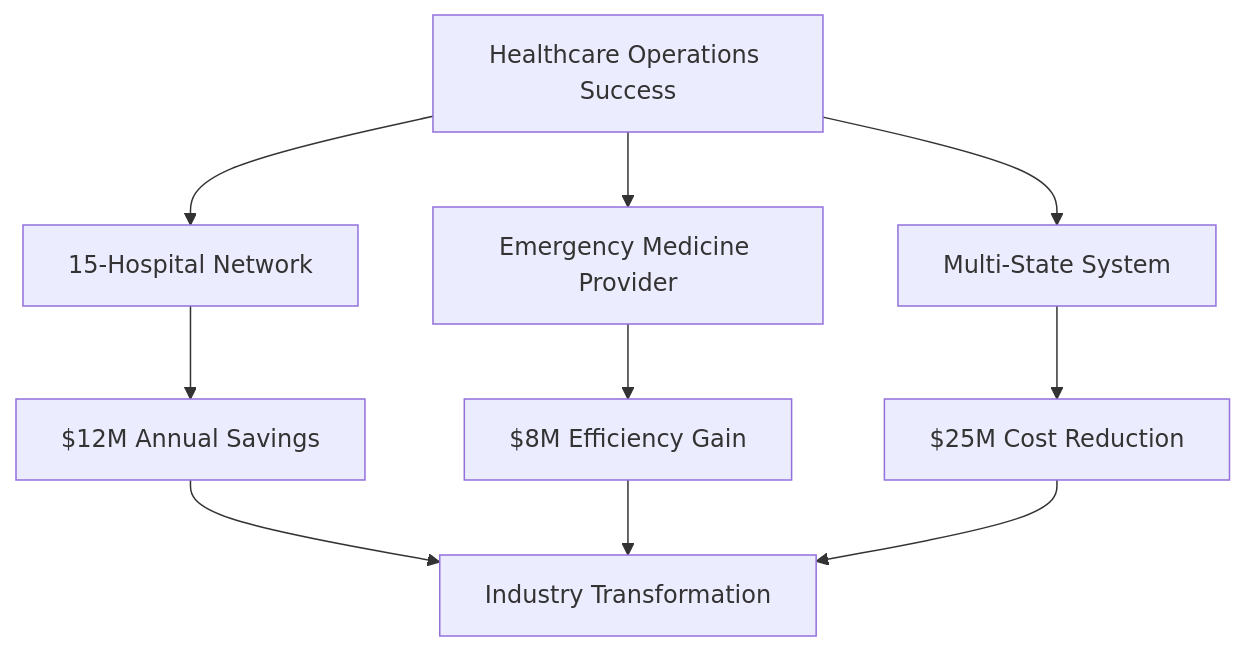
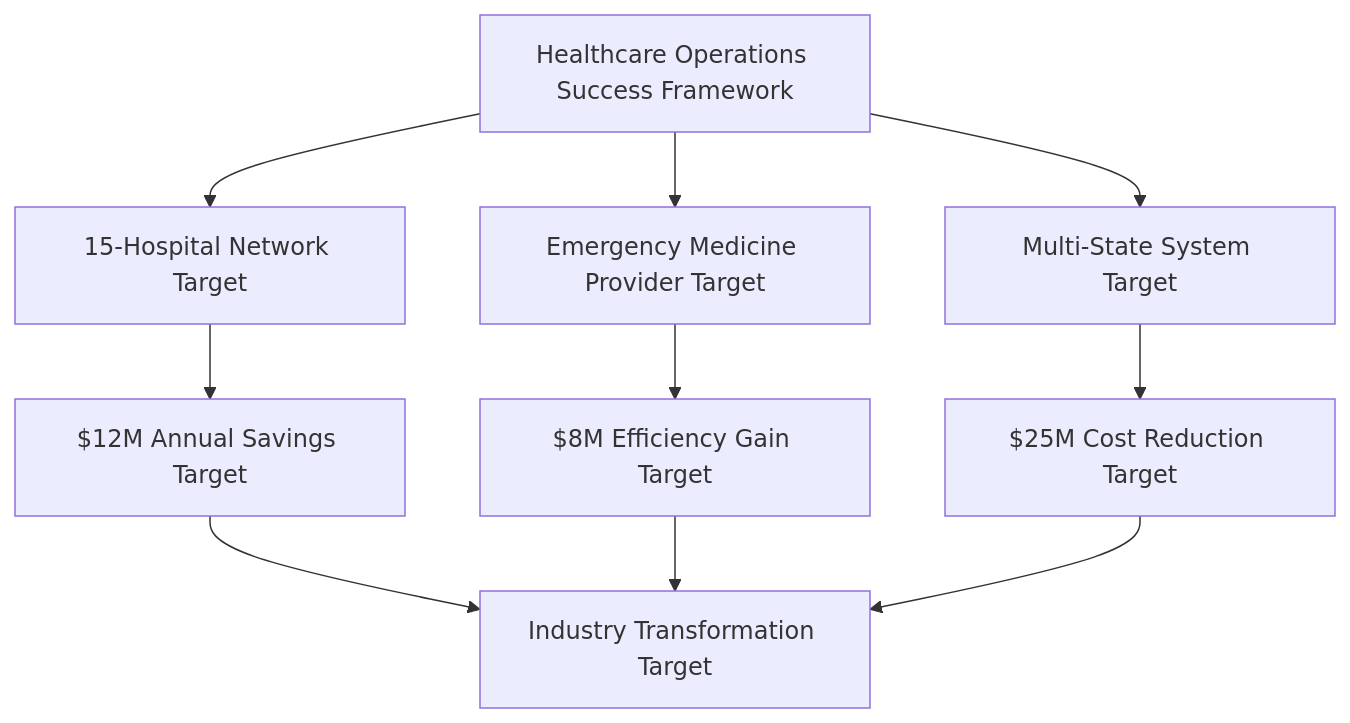
Before and after one commit to mydr24/book: the fifth of 12 diagrams in chapters/11-monitoring-observability.md, drawn with Mermaid. The commit also changed other lines of this file and 15 other files, not shown here.

````diff
--- a/chapters/11-monitoring-observability.md
+++ b/chapters/11-monitoring-observability.md
@@ -315,14 +317,14 @@
 ```mermaid
 graph TD
-    A[Healthcare Operations Success] --> B[15-Hospital Network]
-    A --> C[Emergency Medicine Provider]
-    A --> D[Multi-State System]
+    A[Healthcare Operations Success Framework] --> B[15-Hospital Network Target]
+    A --> C[Emergency Medicine Provider Target]
+    A --> D[Multi-State System Target]
     
-    B --> E[$12M Annual Savings]
-    C --> F[$8M Efficiency Gain]
-    D --> G[$25M Cost Reduction]
+    B --> E[$12M Annual Savings Target]
+    C --> F[$8M Efficiency Gain Target]
+    D --> G[$25M Cost Reduction Target]
     
-    E --> H[Industry Transformation]
+    E --> H[Industry Transformation Target]
     F --> H
     G --> H
 ```
````
